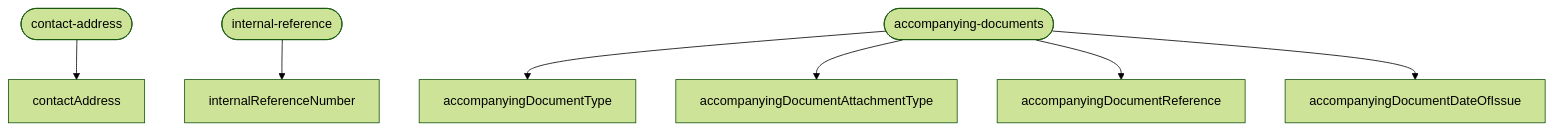
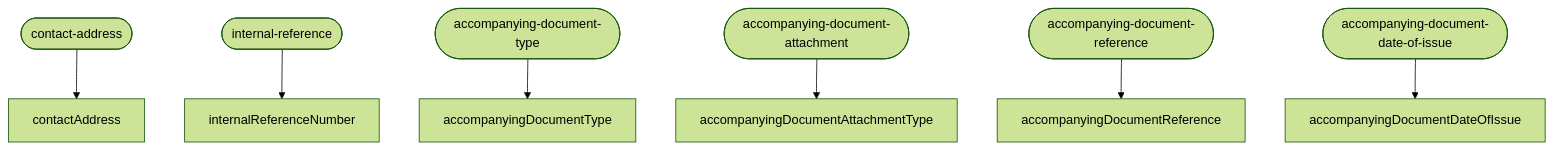
The sixth of 7 diagrams in prototypes/journey-config-spikes/EUDPA-249-flow-layer/MODEL.md (DEFRA/trade-imports-animals-frontend), drawn with Mermaid (forest theme) before and after one commit. The commit also changed other lines of this file and 18 other files, not shown here.

````diff
--- a/prototypes/journey-config-spikes/EUDPA-249-flow-layer/MODEL.md
+++ b/prototypes/journey-config-spikes/EUDPA-249-flow-layer/MODEL.md
@@ -182,12 +179,15 @@
 ```mermaid
 graph TD
   contact-address([contact-address])
   internal-reference([internal-reference])
-  accompanying-documents([accompanying-documents])
+  accompanying-document-type([accompanying-document-type])
+  accompanying-document-attachment([accompanying-document-attachment])
+  accompanying-document-reference([accompanying-document-reference])
+  accompanying-document-date-of-issue([accompanying-document-date-of-issue])
   contact-address --> contactAddress
   internal-reference --> internalReferenceNumber
-  accompanying-documents --> accompanyingDocumentType
-  accompanying-documents --> accompanyingDocumentAttachmentType
-  accompanying-documents --> accompanyingDocumentReference
-  accompanying-documents --> accompanyingDocumentDateOfIssue
+  accompanying-document-type --> accompanyingDocumentType
+  accompanying-document-attachment --> accompanyingDocumentAttachmentType
+  accompanying-document-reference --> accompanyingDocumentReference
+  accompanying-document-date-of-issue --> accompanyingDocumentDateOfIssue
 ```
````
